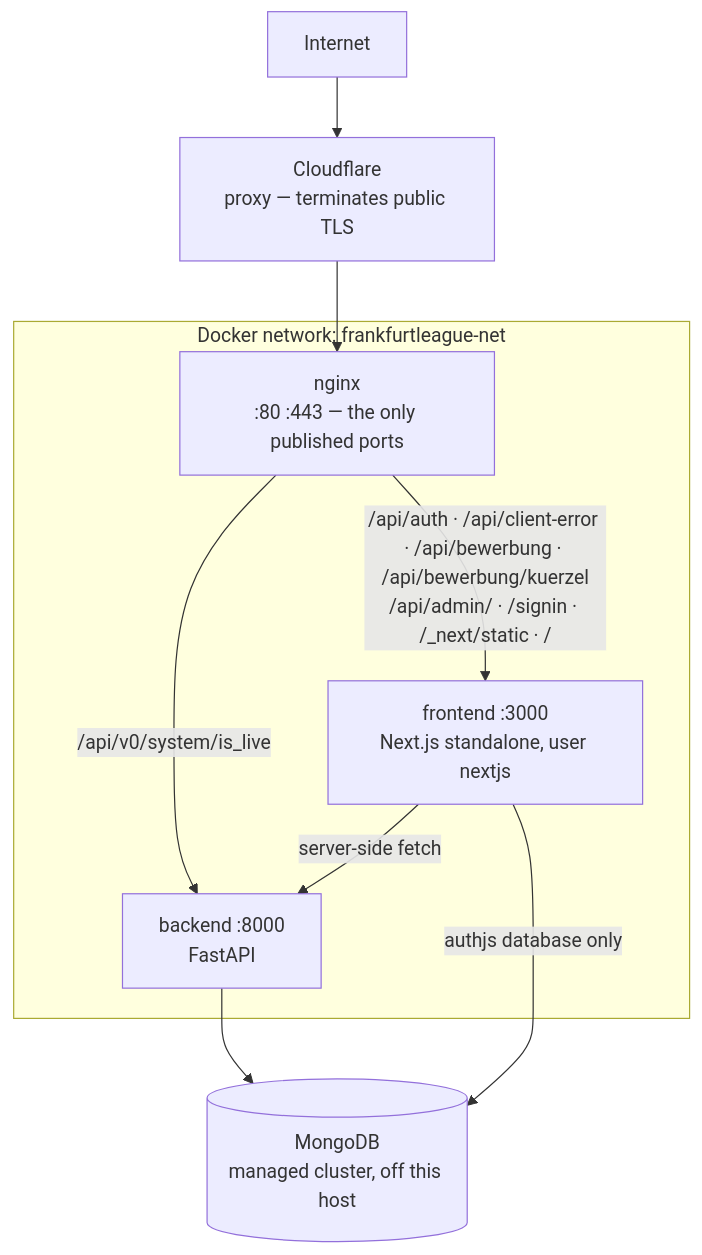
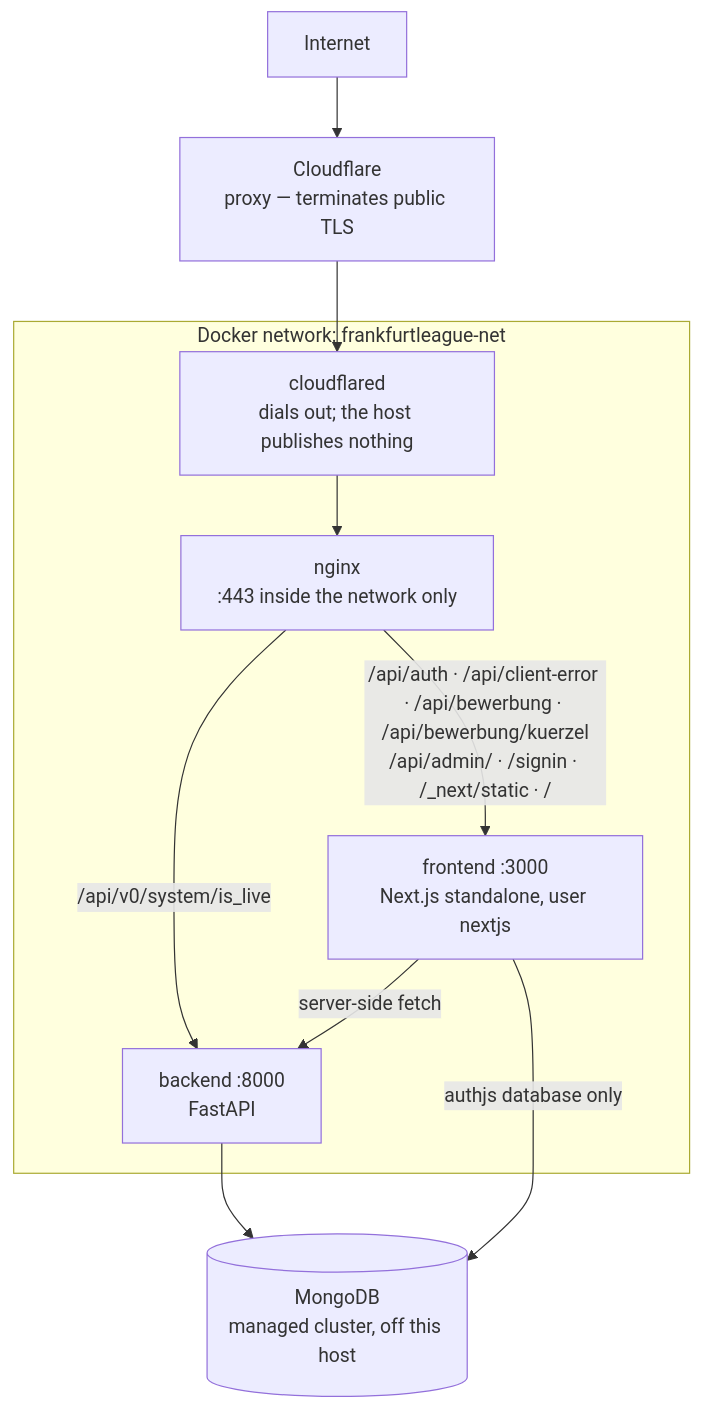
One commit to felzab/frankfurtleague changed the diagram in docs/ops/overview.md. Above: the diagram before and after it, drawn with Mermaid. The commit also changed other lines of this file and 15 other files, not shown here.

````diff
--- a/docs/ops/overview.md
+++ b/docs/ops/overview.md
@@ -11,21 +11,23 @@
 ```mermaid
 graph TB
     internet["Internet"]
     cf["Cloudflare<br/>proxy — terminates public TLS"]
 
     subgraph net["Docker network: frankfurtleague-net"]
-        nginx["nginx<br/>:80 :443 — the only published ports"]
+        connector["cloudflared<br/>dials out; the host publishes nothing"]
+        nginx["nginx<br/>:443 inside the network only"]
         fe["frontend :3000<br/>Next.js standalone, user nextjs"]
         be["backend :8000<br/>FastAPI"]
     end
 
     mongo[("MongoDB<br/>managed cluster, off this host")]
 
     internet --> cf
-    cf --> nginx
+    cf --> connector
+    connector --> nginx
     nginx -->|"/api/v0/system/is_live"| be
     nginx -->|"/api/auth · /api/client-error · /api/bewerbung · /api/bewerbung/kuerzel<br/>/api/admin/ · /signin · /_next/static · /"| fe
     fe -->|"server-side fetch"| be
     fe -->|"authjs database only"| mongo
     be --> mongo
 ```
````
